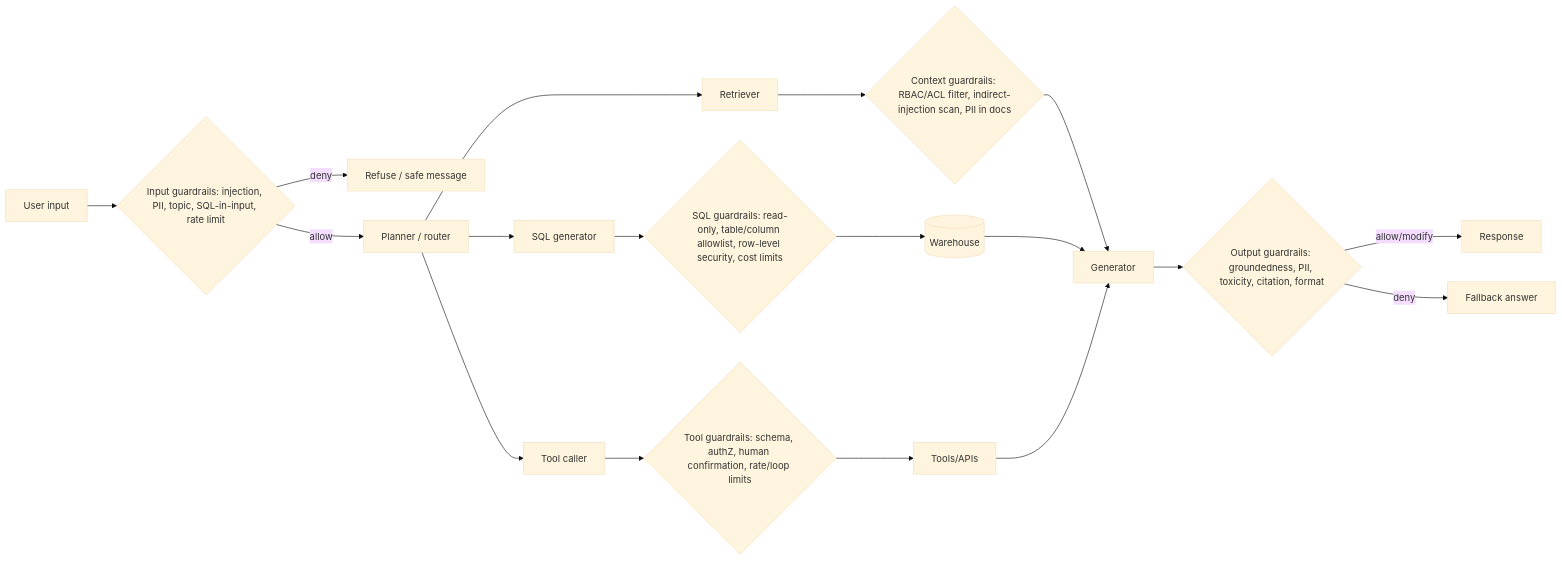
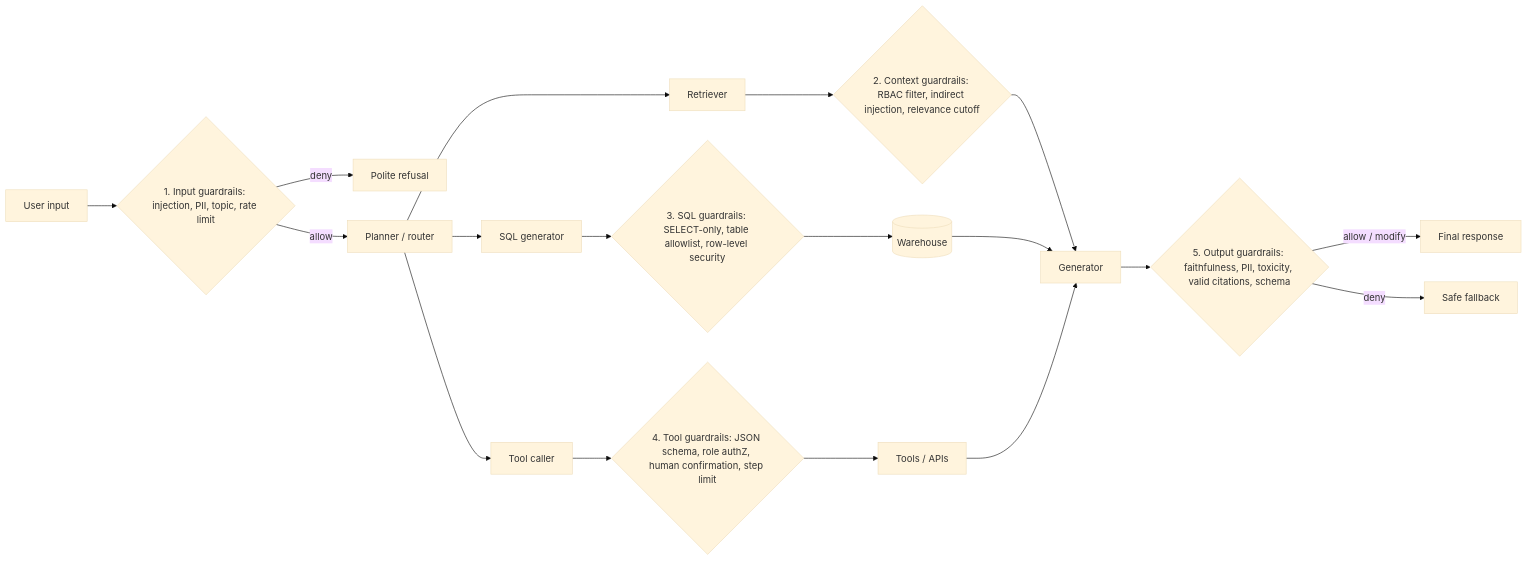
The third of 4 diagrams in research/00-foundations/02-the-evals-and-guardrails-map.md (Sarangk90/awesome-agent-evals-and-guardrails), drawn with Mermaid (base theme) before and after one commit. The commit also changed other lines of this file and 5 other files, not shown here.

````diff
--- a/research/00-foundations/02-the-evals-and-guardrails-map.md
+++ b/research/00-foundations/02-the-evals-and-guardrails-map.md
@@ -189,20 +190,20 @@
 ```mermaid
 flowchart LR
-    U["User input"] --> G1{"Input guardrails: injection, PII, topic, SQL-in-input, rate limit"}
-    G1 -->|deny| X1["Refuse / safe message"]
+    U["User input"] --> G1{"1. Input guardrails: injection, PII, topic, rate limit"}
+    G1 -->|deny| X1["Polite refusal"]
     G1 -->|allow| P["Planner / router"]
     P --> R["Retriever"]
-    R --> G2{"Context guardrails: RBAC/ACL filter, indirect-injection scan, PII in docs"}
+    R --> G2{"2. Context guardrails: RBAC filter, indirect injection, relevance cutoff"}
     G2 --> LLM["Generator"]
     P --> S["SQL generator"]
-    S --> G3{"SQL guardrails: read-only, table/column allowlist, row-level security, cost limits"}
+    S --> G3{"3. SQL guardrails: SELECT-only, table allowlist, row-level security"}
     G3 --> DB[("Warehouse")]
     P --> T["Tool caller"]
-    T --> G4{"Tool guardrails: schema, authZ, human confirmation, rate/loop limits"}
-    G4 --> API["Tools/APIs"]
+    T --> G4{"4. Tool guardrails: JSON schema, role authZ, human confirmation, step limit"}
+    G4 --> API["Tools / APIs"]
     DB --> LLM
     API --> LLM
-    LLM --> G5{"Output guardrails: groundedness, PII, toxicity, citation, format"}
-    G5 -->|allow/modify| OUT["Response"]
-    G5 -->|deny| X2["Fallback answer"]
+    LLM --> G5{"5. Output guardrails: faithfulness, PII, toxicity, valid citations, schema"}
+    G5 -->|allow / modify| OUT["Final response"]
+    G5 -->|deny| X2["Safe fallback"]
 ```
````
